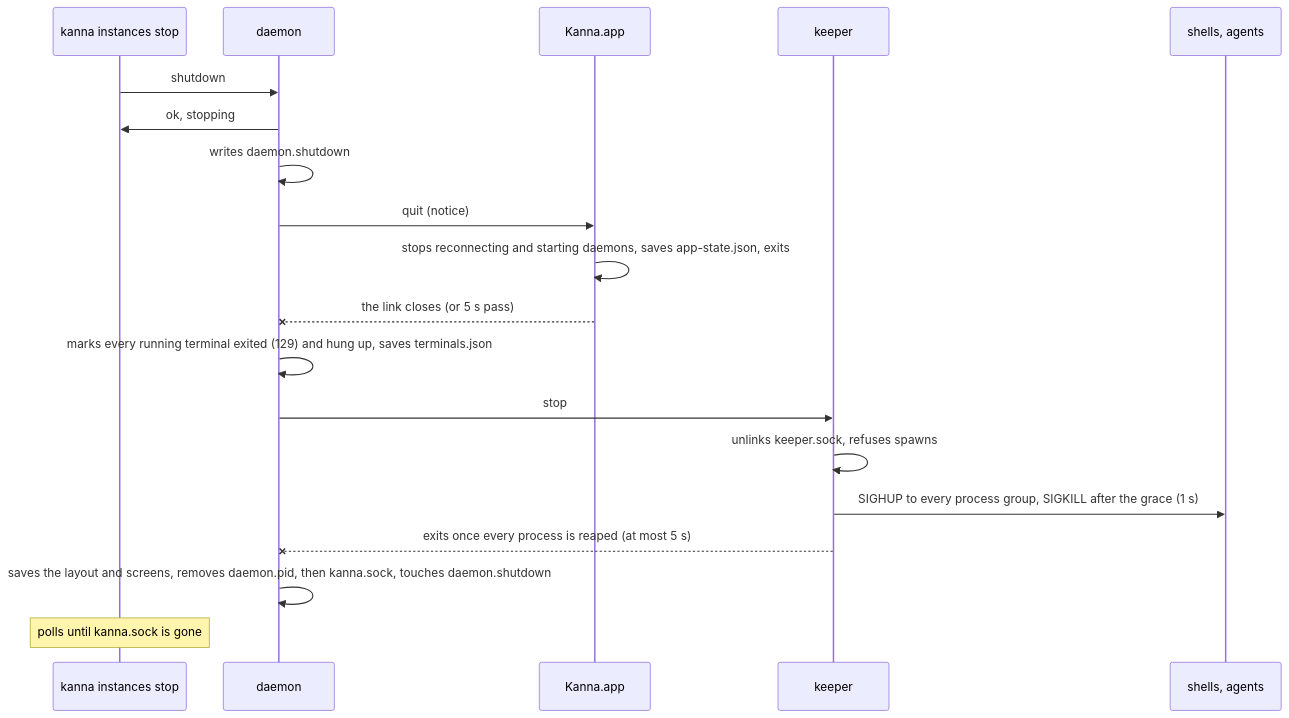
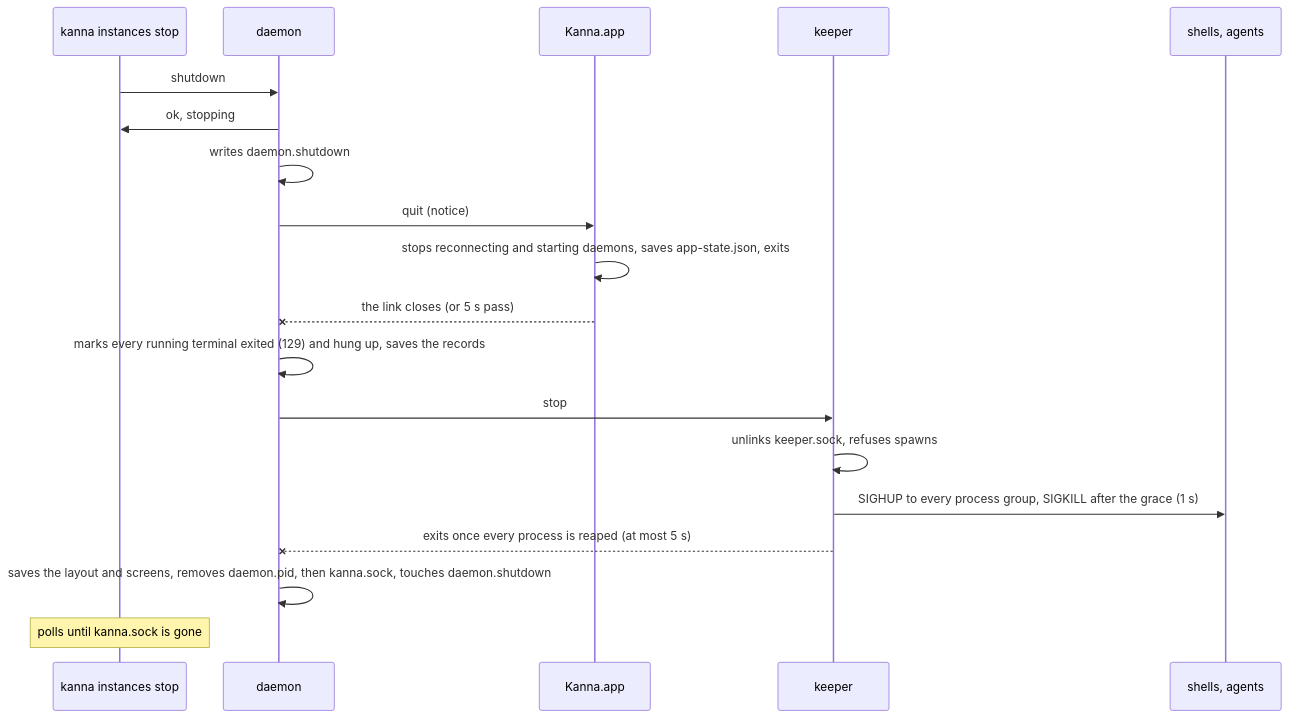
The diagram in docs/specs/instance-stop.md (tampopogk/kanna), drawn with Mermaid before and after one commit. The commit also changed 23 other files, not shown here.

First line of the commit message:
Terminal records move into kanna.db

````diff
--- a/docs/specs/instance-stop.md
+++ b/docs/specs/instance-stop.md
@@ -32,21 +32,21 @@
 ```mermaid
 sequenceDiagram
     participant C as kanna instances stop
     participant D as daemon
     participant A as Kanna.app
     participant K as keeper
     participant P as shells, agents
     C->>D: shutdown
     D->>C: ok, stopping
     D->>D: writes daemon.shutdown
     D->>A: quit (notice)
     A->>A: stops reconnecting and starting daemons, saves app-state.json, exits
     A--xD: the link closes (or 5 s pass)
-    D->>D: marks every running terminal exited (129) and hung up, saves terminals.json
+    D->>D: marks every running terminal exited (129) and hung up, saves the records
     D->>K: stop
     K->>K: unlinks keeper.sock, refuses spawns
     K->>P: SIGHUP to every process group, SIGKILL after the grace (1 s)
     K--xD: exits once every process is reaped (at most 5 s)
     D->>D: saves the layout and screens, removes daemon.pid, then kanna.sock, touches daemon.shutdown
     Note over C: polls until kanna.sock is gone
 ```
````
